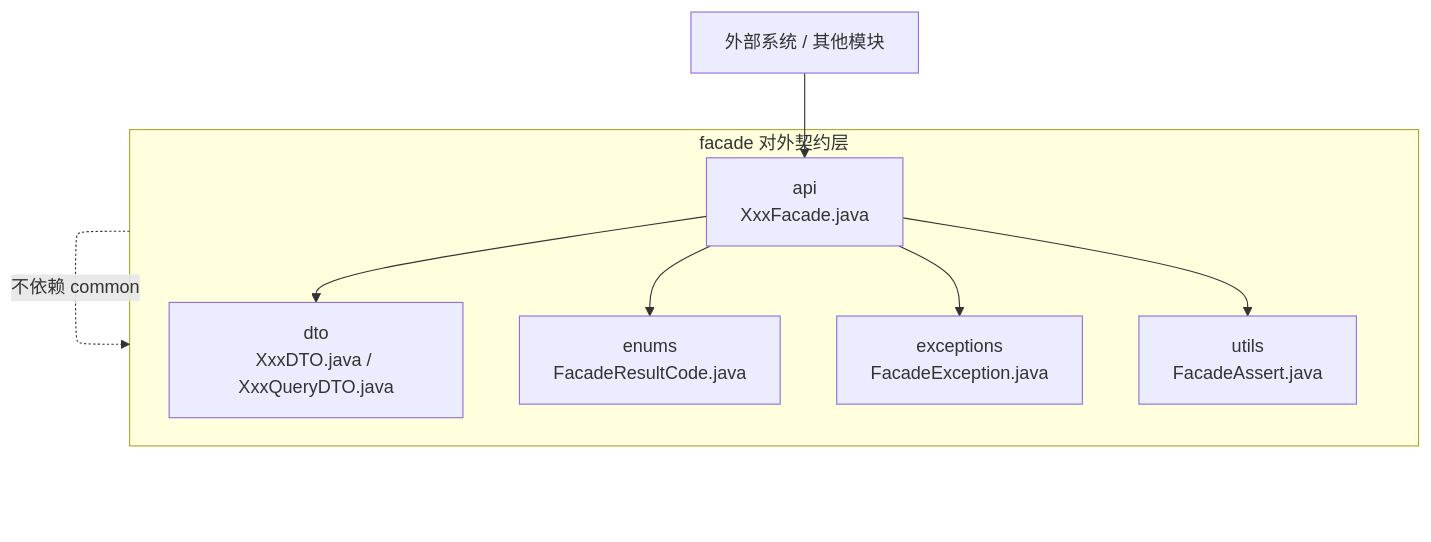
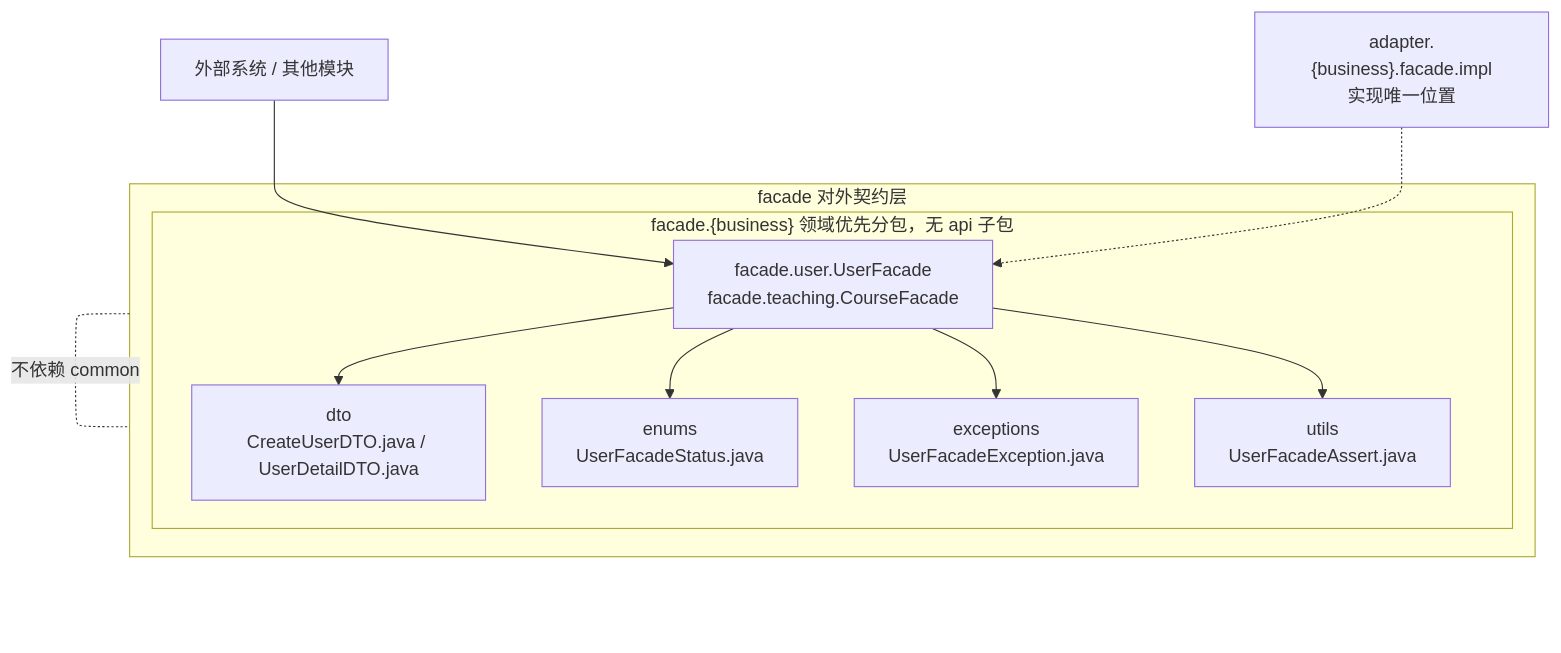
One commit to AllenDEricDAlexander/Egon-COLA changed the fifth of 19 diagrams in egon-cola-archetypes/architecture-mermaid-diagrams.md. Above: the diagram before and after it, drawn with Mermaid. The commit also changed other lines of this file and 32 other files, not shown here.

First line of the commit message:
fix(archetypes): make architecture governance actually enforce, correct guide docs

````diff
--- a/egon-cola-archetypes/architecture-mermaid-diagrams.md
+++ b/egon-cola-archetypes/architecture-mermaid-diagrams.md
@@ -115,18 +132,21 @@
 ```mermaid
 flowchart TD
     subgraph FACADE["facade 对外契约层"]
-        API["api<br/>XxxFacade.java"]
-        DTO["dto<br/>XxxDTO.java / XxxQueryDTO.java"]
-        ENUMS["enums<br/>FacadeResultCode.java"]
-        EXCEPTIONS["exceptions<br/>FacadeException.java"]
-        UTILS["utils<br/>FacadeAssert.java"]
+        subgraph FACADE_BIZ["facade.{business} 领域优先分包，无 api 子包"]
+            API["facade.user.UserFacade<br/>facade.teaching.CourseFacade"]
+            DTO["dto<br/>CreateUserDTO.java / UserDetailDTO.java"]
+            ENUMS["enums<br/>UserFacadeStatus.java"]
+            EXCEPTIONS["exceptions<br/>UserFacadeException.java"]
+            UTILS["utils<br/>UserFacadeAssert.java"]
+        end
     end
 
     OUTER["外部系统 / 其他模块"] --> API
+    IMPL["adapter.{business}.facade.impl<br/>实现唯一位置"] -.-> API
     API --> DTO
     API --> ENUMS
     API --> EXCEPTIONS
     API --> UTILS
-    FACADE -. " 不写实现 " .-> FACADE
-    FACADE -. " 不依赖 common " .-> FACADE
+    FACADE -. " 不写实现 " .- FACADE
+    FACADE -. " 不依赖 common " .- FACADE
 ```
````
